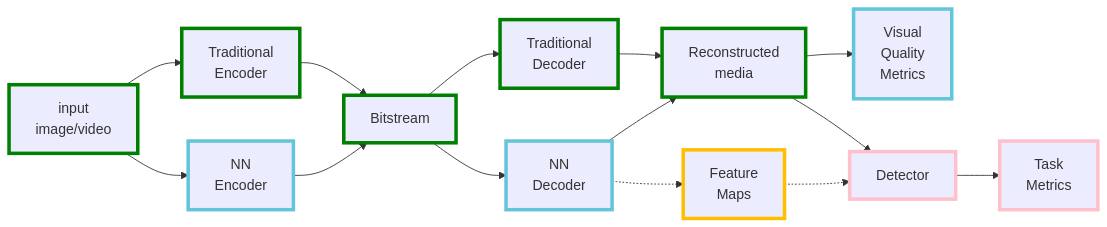
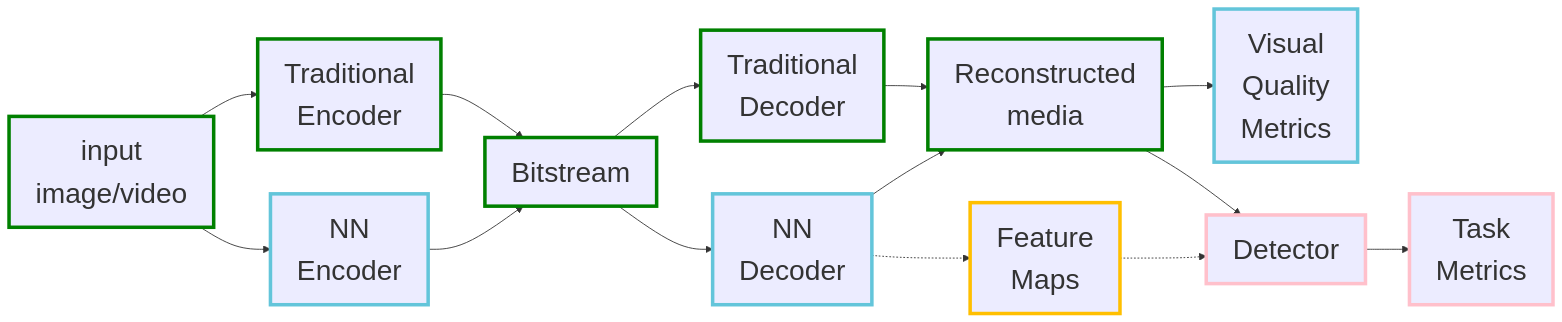
The diagram in README.md (InterDigitalInc/CompressAI-Vision), drawn with Mermaid before and after one commit. The commit also changed 1 other file, not shown here.

Commit message:
Fix flowchart problem

````diff
--- a/README.md
+++ b/README.md
@@ -10,22 +10,22 @@
 ```mermaid
-%%{init: {'themeVariables': { 'fontSize': '16px'}}}%%
+%%{init: {'themeVariables': { 'fontSize': '32px'}}}%%
 graph LR
     A[input<br>image/video]:::other -->B
     A --> B1
     B[Traditional<br>Encoder]:::other --> C
     B1[NN<br>Encoder]:::cai--> C
     C[Bitstream]:::other --> D
     C --> D1
     D[Traditional<br>Decoder]:::other--> E
     D1[NN<br>Decoder]:::cai-->E
     D1 -.-> H
     E[Reconstructed<br>media]:::other--> G
     E --> F1
     G[Visual<br>Quality<br>Metrics]:::cai
     F1[Detector]:::cav --> G1[Task<br>Metrics]:::cav
     H[Feature<br>Maps]:::future -.-> F1
     classDef cai stroke:#63C5DA,stroke-width:4px
     classDef cav stroke:#FFC0CB,stroke-width:4px
     classDef other stroke:#008000,stroke-width:4px
     classDef future stroke:#FFBF00,stroke-width:4px
 ```
````
